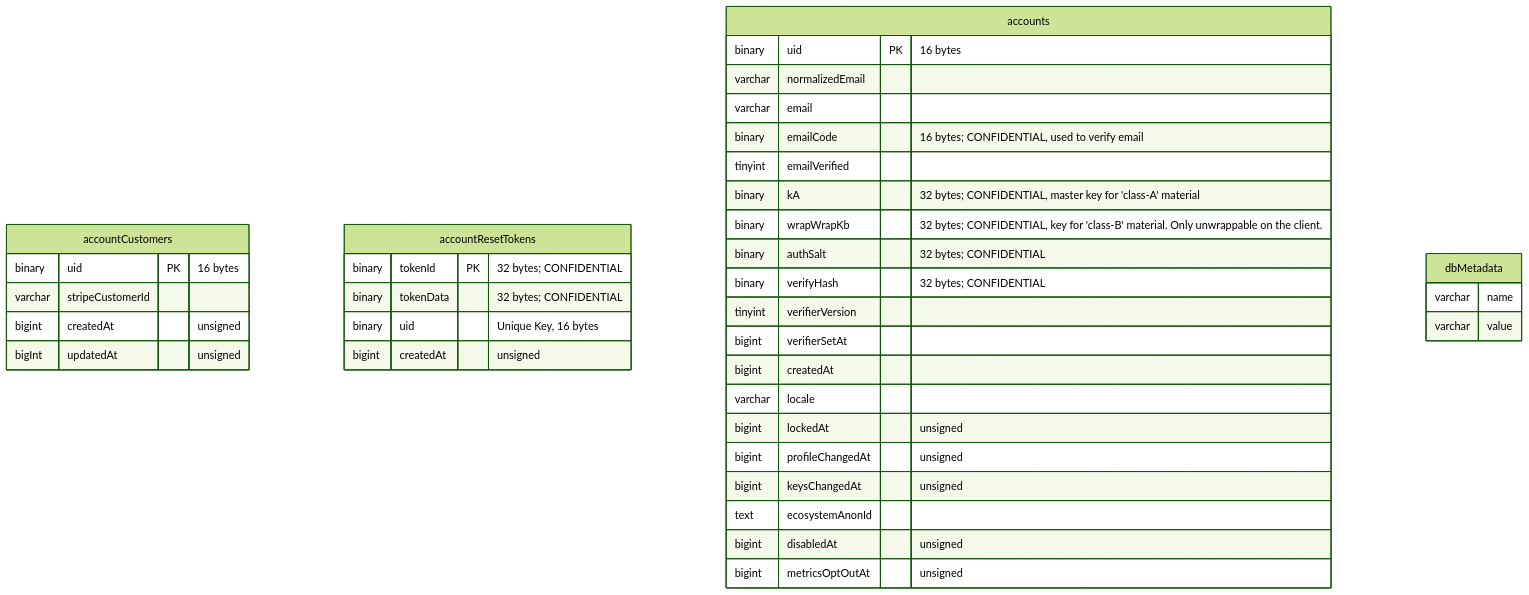
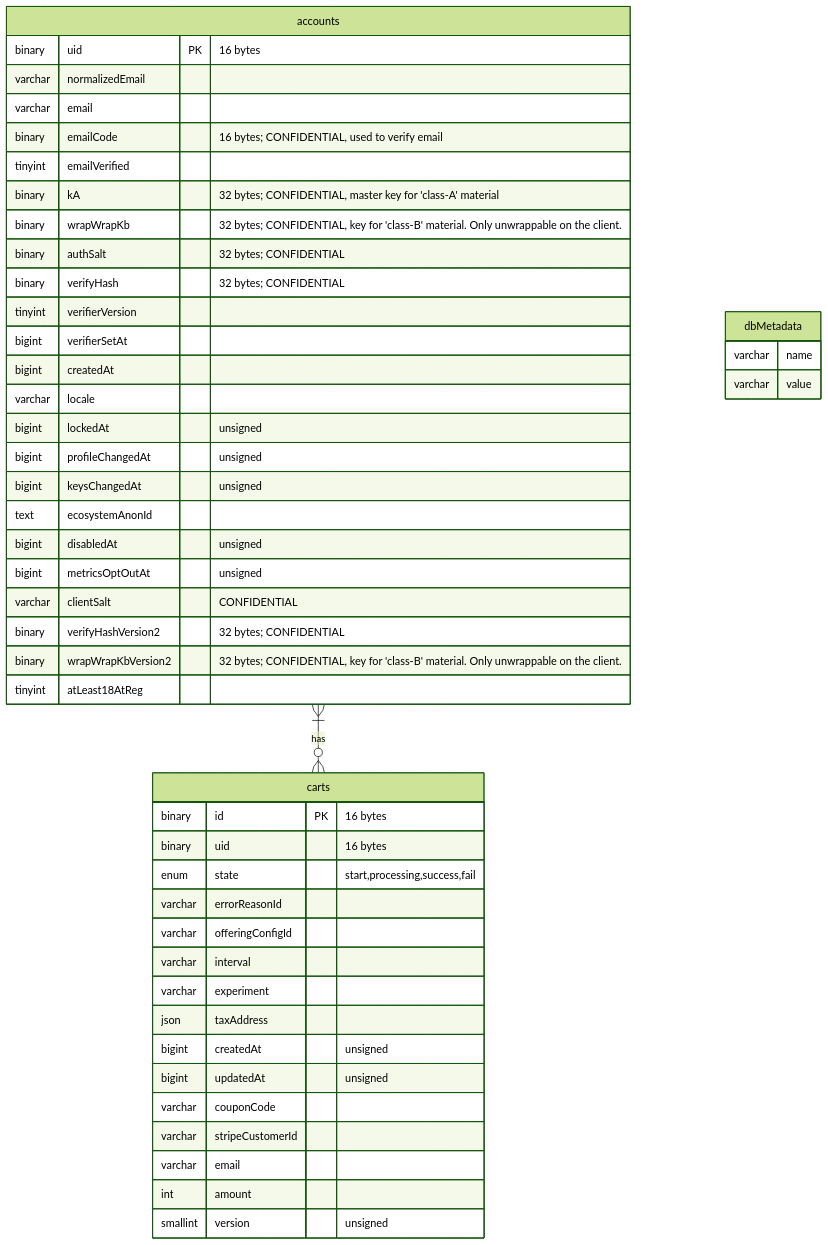
Before and after one commit to mozilla/ecosystem-platform: the second of 18 diagrams in docs/reference/database-structure.md, drawn with Mermaid (forest theme). The commit also changed other lines of this file, not shown here.

Commit message:
update db to patch level 147

````diff
--- a/docs/reference/database-structure.md
+++ b/docs/reference/database-structure.md
@@ -26,40 +41,50 @@
 ```mermaid
 erDiagram
-    accountCustomers {
-        binary uid PK "16 bytes"
-        varchar stripeCustomerId
-        bigint createdAt "unsigned"
-        bigInt updatedAt "unsigned"
-    }
-    accountResetTokens {
-        binary tokenId PK "32 bytes; CONFIDENTIAL"
-        binary tokenData "32 bytes; CONFIDENTIAL"
-        binary uid "Unique Key, 16 bytes"
-        bigint createdAt "unsigned"
-    }
     accounts {
         binary uid PK "16 bytes"
         varchar normalizedEmail
         varchar email
         binary emailCode "16 bytes; CONFIDENTIAL, used to verify email"
         tinyint emailVerified
         binary kA "32 bytes; CONFIDENTIAL, master key for 'class-A' material"
         binary wrapWrapKb "32 bytes; CONFIDENTIAL, key for 'class-B' material. Only unwrappable on the client."
         binary authSalt "32 bytes; CONFIDENTIAL"
         binary verifyHash "32 bytes; CONFIDENTIAL"
         tinyint verifierVersion
         bigint verifierSetAt
         bigint createdAt
         varchar locale
         bigint lockedAt "unsigned"
         bigint profileChangedAt "unsigned"
         bigint keysChangedAt "unsigned"
         text ecosystemAnonId
         bigint disabledAt "unsigned"
         bigint metricsOptOutAt "unsigned"
+        varchar clientSalt "CONFIDENTIAL"
+        binary verifyHashVersion2 "32 bytes; CONFIDENTIAL"
+        binary wrapWrapKbVersion2 "32 bytes; CONFIDENTIAL, key for 'class-B' material. Only unwrappable on the client."
+        tinyint atLeast18AtReg
+    }
+    accounts }|--o{ carts: has
+    carts {
+        binary id PK "16 bytes"
+        binary uid "16 bytes"
+        enum state "start,processing,success,fail"
+        varchar errorReasonId
+        varchar offeringConfigId
+        varchar interval
+        varchar experiment
+        json taxAddress
+        bigint createdAt "unsigned"
+        bigint updatedAt "unsigned"
+        varchar couponCode
+        varchar stripeCustomerId
+        varchar email
+        int amount
+        smallint version "unsigned"
     }
     dbMetadata {
         varchar name
         varchar value
     }
 ```
````
